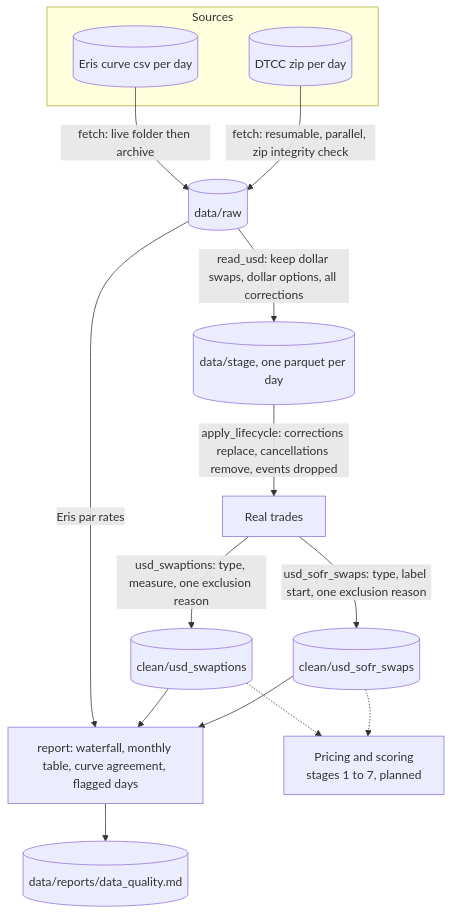
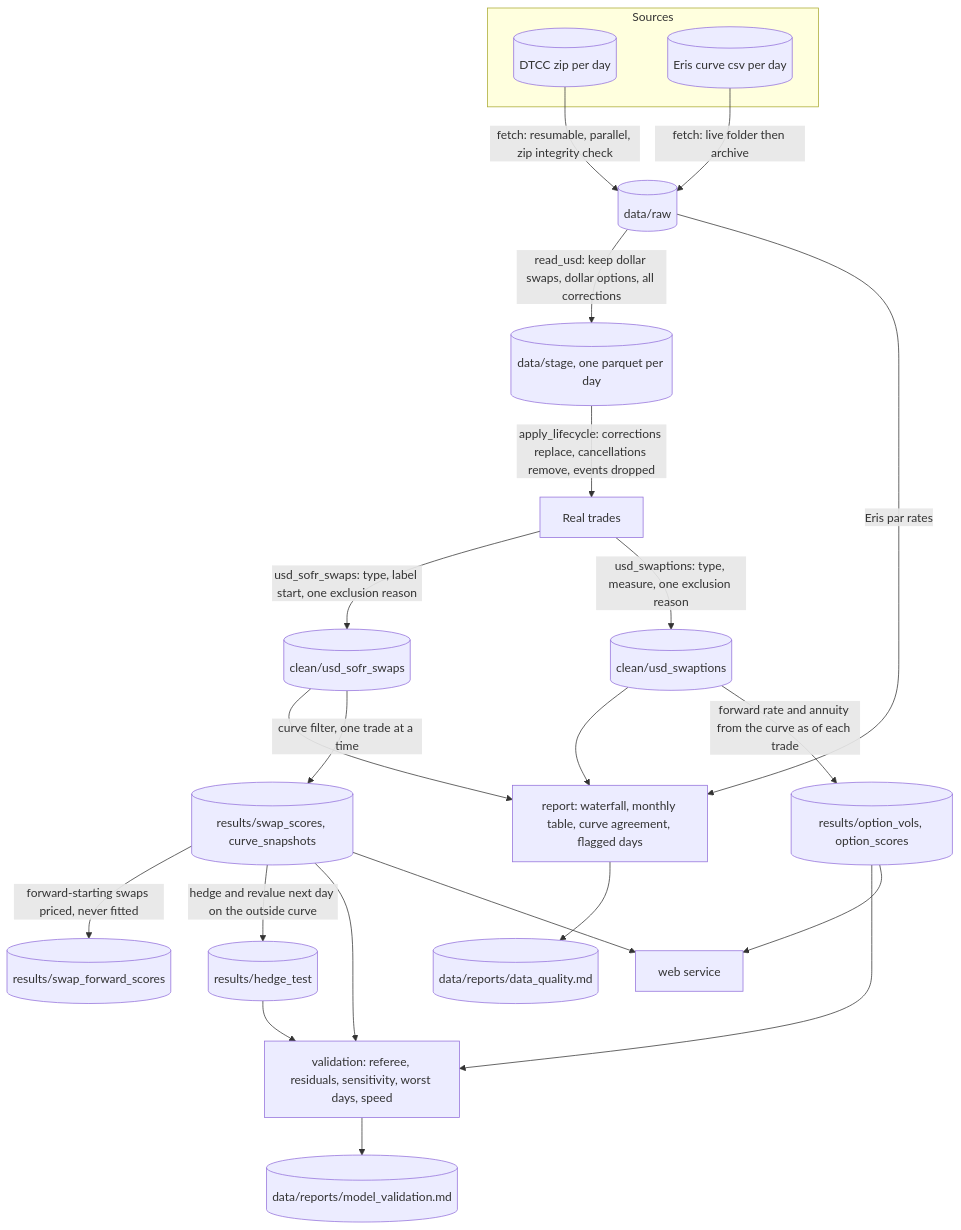
The second of 5 diagrams in docs/ARCHITECTURE.md (Parth4786/fixed_income), drawn with Mermaid before and after one commit. The commit also changed other lines of this file and 58 other files, not shown here.

````diff
--- a/docs/ARCHITECTURE.md
+++ b/docs/ARCHITECTURE.md
@@ -37,19 +43,27 @@
 ```mermaid
 flowchart TD
     subgraph Sources
         D[(DTCC zip per day)]
         E[(Eris curve csv per day)]
     end
     D -->|fetch: resumable, parallel, zip integrity check| RAW[(data/raw)]
     E -->|fetch: live folder then archive| RAW
     RAW -->|read_usd: keep dollar swaps, dollar options, all corrections| STG[(data/stage, one parquet per day)]
     STG -->|apply_lifecycle: corrections replace, cancellations remove, events dropped| TR[Real trades]
     TR -->|usd_sofr_swaps: type, label start, one exclusion reason| SW[(clean/usd_sofr_swaps)]
     TR -->|usd_swaptions: type, measure, one exclusion reason| OP[(clean/usd_swaptions)]
     SW --> RPT[report: waterfall, monthly table, curve agreement, flagged days]
     OP --> RPT
     RAW -->|Eris par rates| RPT
     RPT --> OUT[(data/reports/data_quality.md)]
-    SW -.-> PR[Pricing and scoring<br/>stages 1 to 7, planned]
-    OP -.-> PR
+    SW -->|curve filter, one trade at a time| SC[(results/swap_scores, curve_snapshots)]
+    SC -->|forward-starting swaps priced, never fitted| FW[(results/swap_forward_scores)]
+    OP -->|forward rate and annuity from the curve as of each trade| OV[(results/option_vols, option_scores)]
+    SC -->|hedge and revalue next day on the outside curve| HT[(results/hedge_test)]
+    SC --> VAL[validation: referee, residuals, sensitivity, worst days, speed]
+    OV --> VAL
+    HT --> VAL
+    VAL --> VR[(data/reports/model_validation.md)]
+    SC --> API[web service]
+    OV --> API
 ```
````
